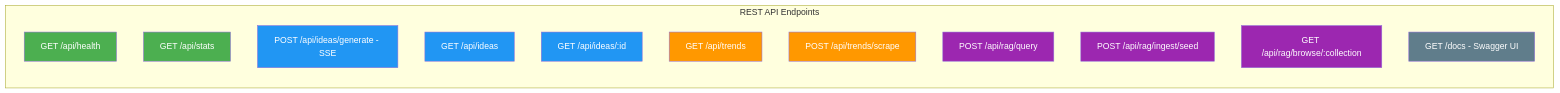
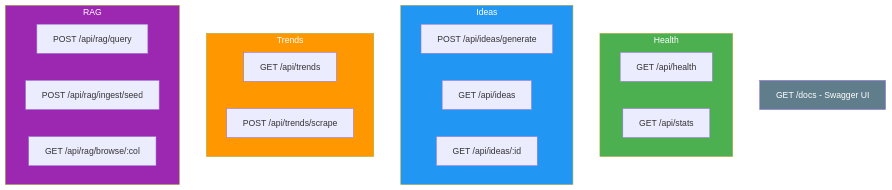
One commit to soumyachk101/IdeaForge changed the sixth of 10 diagrams in README.md. Above: the diagram before and after it, drawn with Mermaid. The commit also changed other lines of this file, not shown here.

First line of the commit message:
Add comprehensive Mermaid diagrams - workflow, state machine, class diagram, and more

````diff
--- a/README.md
+++ b/README.md
@@ -293,29 +366,32 @@
 ```mermaid
-graph LR
-    subgraph ENDPOINTS["REST API Endpoints"]
-        direction TB
-        H["GET /api/health"]
-        S["GET /api/stats"]
-        IG["POST /api/ideas/generate - SSE"]
-        IL["GET /api/ideas"]
-        IID["GET /api/ideas/:id"]
-        TL["GET /api/trends"]
-        TS["POST /api/trends/scrape"]
-        RQ["POST /api/rag/query"]
-        RI["POST /api/rag/ingest/seed"]
-        RB["GET /api/rag/browse/:collection"]
-        DOC["GET /docs - Swagger UI"]
+graph TD
+    subgraph HEALTH["Health"]
+        H1["GET /api/health"]
+        H2["GET /api/stats"]
     end
 
-    style H fill:#4CAF50,color:#fff
-    style S fill:#4CAF50,color:#fff
-    style IG fill:#2196F3,color:#fff
-    style IL fill:#2196F3,color:#fff
-    style IID fill:#2196F3,color:#fff
-    style TL fill:#FF9800,color:#fff
-    style TS fill:#FF9800,color:#fff
-    style RQ fill:#9C27B0,color:#fff
-    style RI fill:#9C27B0,color:#fff
-    style RB fill:#9C27B0,color:#fff
-    style DOC fill:#607D8B,color:#fff
+    subgraph IDEAS["Ideas"]
+        I1["POST /api/ideas/generate"]
+        I2["GET /api/ideas"]
+        I3["GET /api/ideas/:id"]
+    end
+
+    subgraph TRENDS["Trends"]
+        T1["GET /api/trends"]
+        T2["POST /api/trends/scrape"]
+    end
+
+    subgraph RAG["RAG"]
+        R1["POST /api/rag/query"]
+        R2["POST /api/rag/ingest/seed"]
+        R3["GET /api/rag/browse/:col"]
+    end
+
+    DOCS["GET /docs - Swagger UI"]
+
+    style HEALTH fill:#4CAF50,color:#fff
+    style IDEAS fill:#2196F3,color:#fff
+    style TRENDS fill:#FF9800,color:#fff
+    style RAG fill:#9C27B0,color:#fff
+    style DOCS fill:#607D8B,color:#fff
 ```
````
